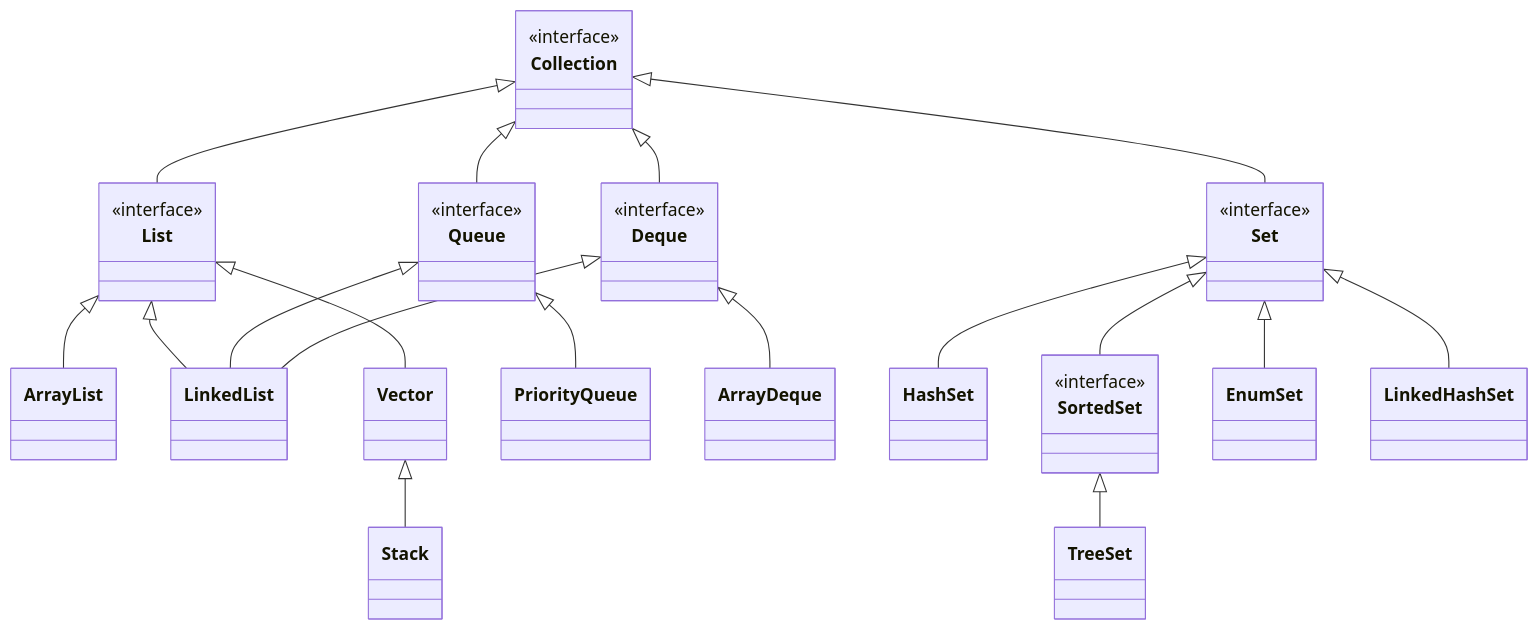
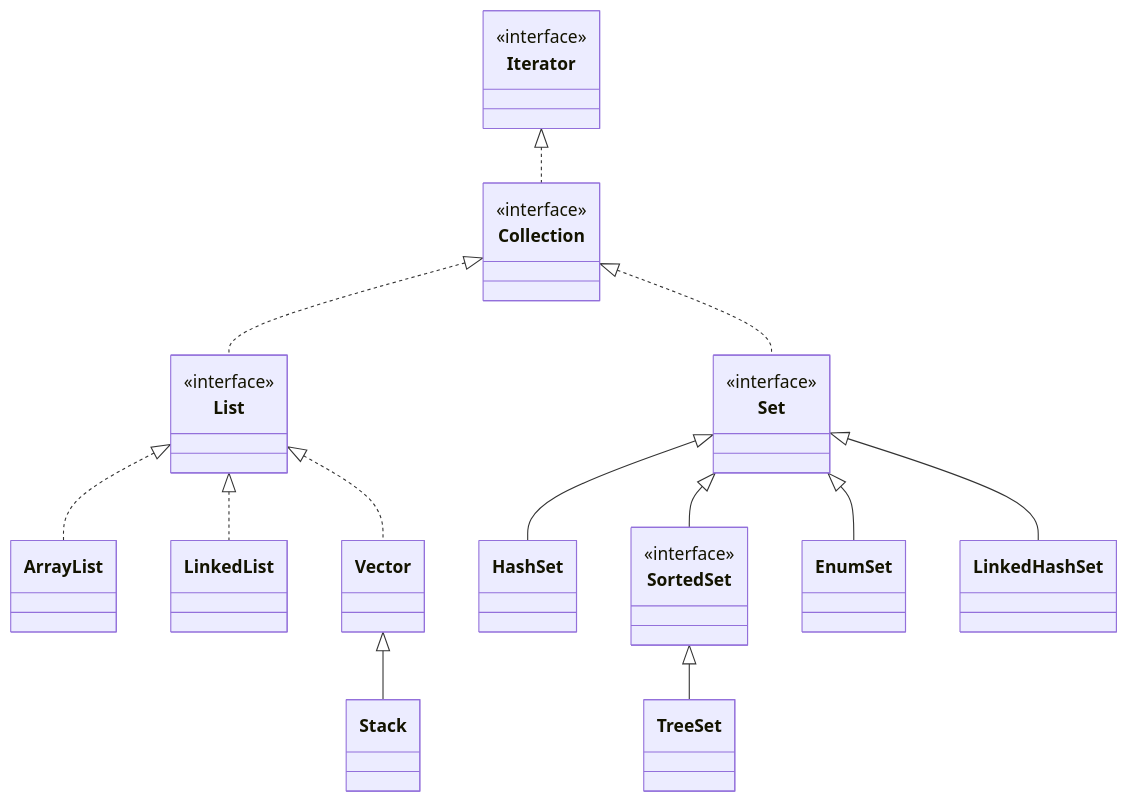
Before and after one commit to zhouxinbin/Notes: diagram 12 of 12 in CS/Java/JavaSe.md, drawn with Mermaid. The commit also changed other lines of this file and 9 other files, not shown here.

````diff
--- a/CS/Java/JavaSe.md
+++ b/CS/Java/JavaSe.md
@@ -5263,76 +5263,65 @@
 ```mermaid
 classDiagram
 direction TB
-    Collection <|-- List
-    Collection <|-- Queue
-    Collection <|-- Set
-    Collection <|-- Deque
-    List <|-- ArrayList
-    List <|-- LinkedList
-    List <|-- Vector
+	Iterator <|.. Collection
+	
+    Collection <|.. List
+    Collection <|.. Set
+
+    List <|.. ArrayList
+    List <|.. LinkedList
+    List <|.. Vector
+    
     Vector <|-- Stack
-    Queue <|-- PriorityQueue
-    Queue <|-- LinkedList
-    Deque <|-- ArrayDeque
-    Deque <|-- LinkedList
+    
     Set <|-- HashSet
     Set <|-- SortedSet
     Set <|-- EnumSet
     Set <|-- LinkedHashSet
     SortedSet <|-- TreeSet
+    
+    class Iterator {
+    	<<interface>>
+    }
     
     class Collection {
         <<interface>>
     }
     
     class List {
         <<interface>>
     }
 
-    class Queue {
-        <<interface>>
-    }
-
     class Set {
-        <<interface>>
-    }
-
-    class Deque {
         <<interface>>
     }
 
     class ArrayList {
     }
 
     class LinkedList {
     }
 
     class Vector {
     }
 
     class Stack {
-    }
-
-    class PriorityQueue {
-    }
-
-    class ArrayDeque {
     }
 
     class HashSet {
     }
 
     class SortedSet {
         <<interface>>
     }
 
     class EnumSet {
     }
 
     class LinkedHashSet {
     }
 
     class TreeSet {
     }
 
 ```
````
